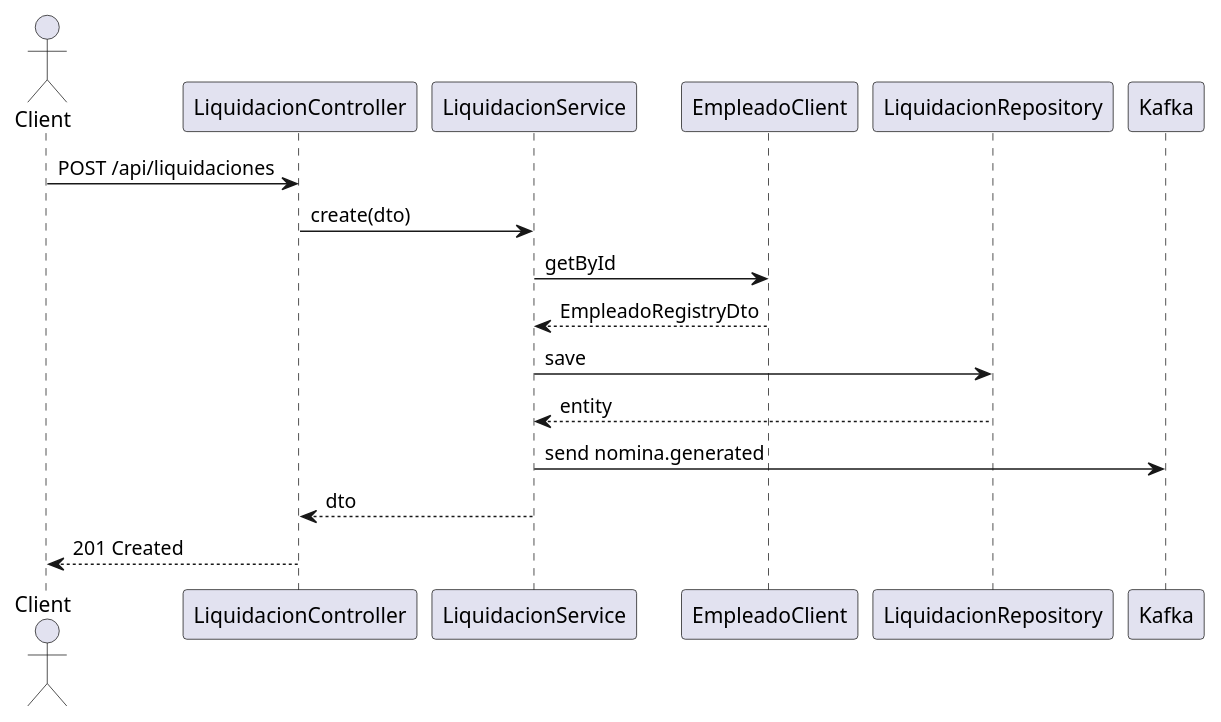
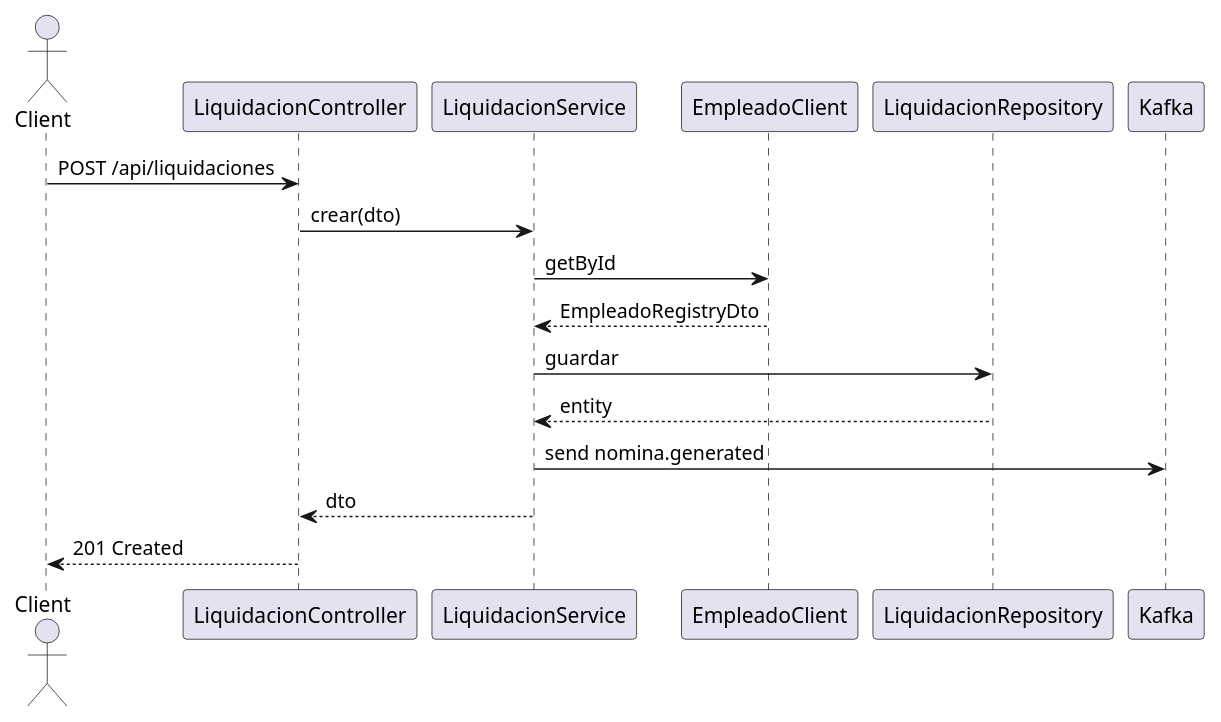
The diagram in servicio-nomina/docs/uml/local/sequence/create_liquidacion_sequence.puml (msamia/rrhh), drawn with PlantUML before and after one commit. The commit also changed 26 other files, not shown here.

Commit message:
docs: corregir y ampliar diagramas UML

```diff
--- a/servicio-nomina/docs/uml/local/sequence/create_liquidacion_sequence.puml
+++ b/servicio-nomina/docs/uml/local/sequence/create_liquidacion_sequence.puml
@@ -1,12 +1,12 @@
 @startuml
 actor Client
 Client -> LiquidacionController : POST /api/liquidaciones
-LiquidacionController -> LiquidacionService : create(dto)
+LiquidacionController -> LiquidacionService : crear(dto)
 LiquidacionService -> EmpleadoClient : getById
 EmpleadoClient --> LiquidacionService : EmpleadoRegistryDto
-LiquidacionService -> LiquidacionRepository : save
+LiquidacionService -> LiquidacionRepository : guardar
 LiquidacionRepository --> LiquidacionService : entity
 LiquidacionService -> Kafka : send nomina.generated
 LiquidacionService --> LiquidacionController : dto
 LiquidacionController --> Client : 201 Created
 @enduml
```
